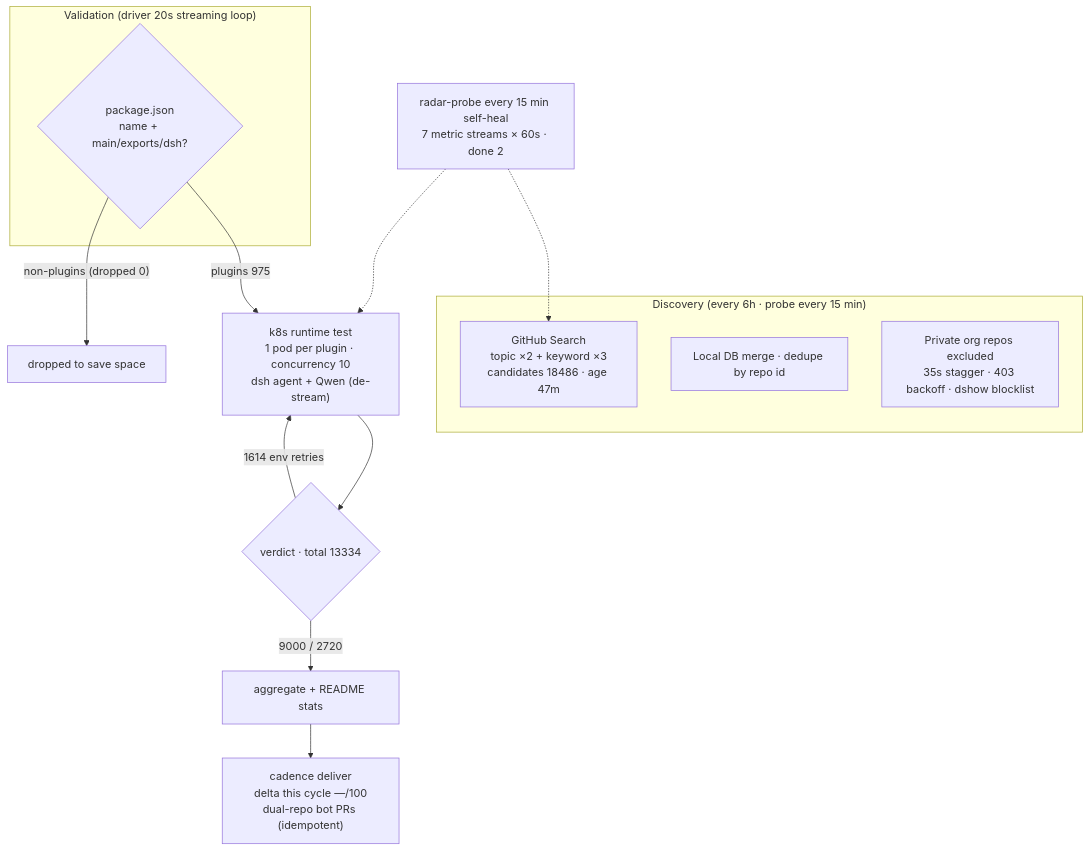
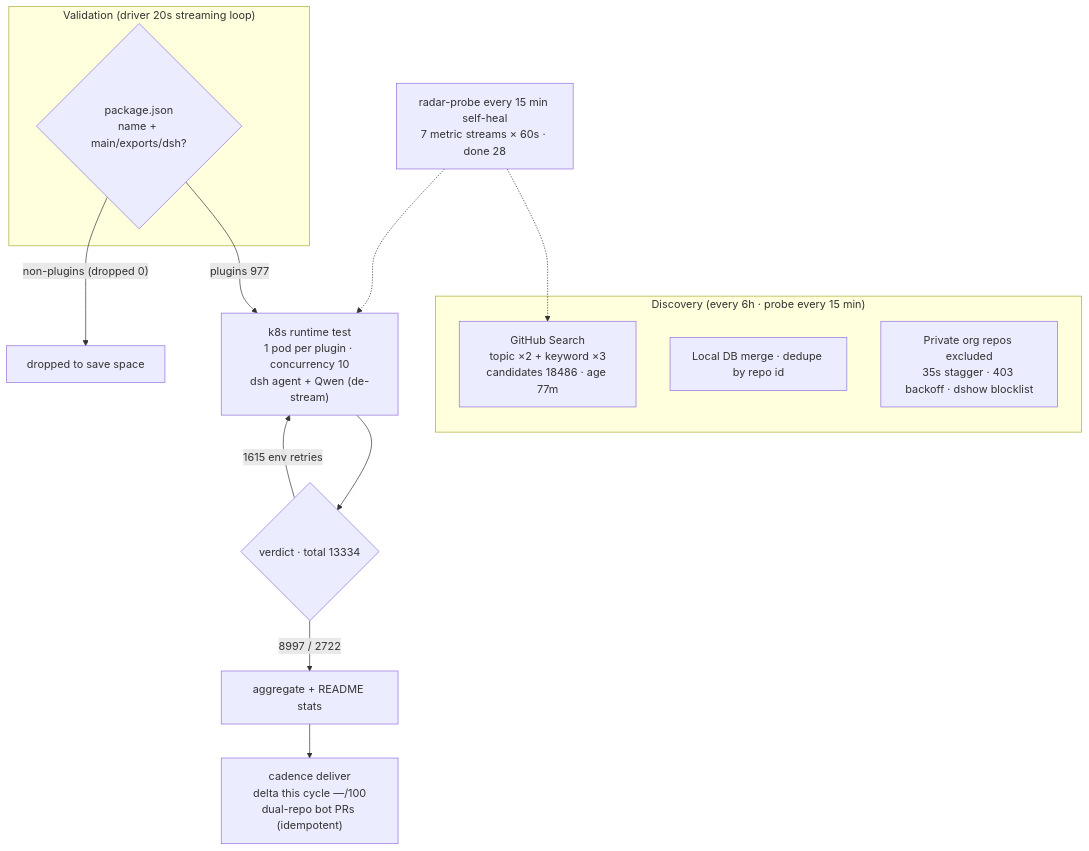
The diagram in README.en-US.md (AdamPlatin123/dsh-plugin-radar), drawn with Mermaid before and after one commit. The commit also changed other lines of this file and 8 other files, not shown here.

````diff
--- a/README.en-US.md
+++ b/README.en-US.md
@@ -45,20 +45,20 @@
 ```mermaid
 flowchart TB
     subgraph Discovery["Discovery (every 6h · probe every 15 min)"]
-        A1["GitHub Search<br/>topic ×2 + keyword ×3<br/>candidates 18486 · age 47m"]
+        A1["GitHub Search<br/>topic ×2 + keyword ×3<br/>candidates 18486 · age 77m"]
         A2["Local DB merge · dedupe by repo id"]
         A3["Private org repos excluded<br/>35s stagger · 403 backoff · dshow blocklist"]
     end
     subgraph Validation["Validation (driver 20s streaming loop)"]
         B1{"package.json<br/>name + main/exports/dsh?"}
     end
-    B1 -->|"plugins 975"| C1["k8s runtime test<br/>1 pod per plugin · concurrency 10<br/>dsh agent + Qwen (de-stream)"]
+    B1 -->|"plugins 977"| C1["k8s runtime test<br/>1 pod per plugin · concurrency 10<br/>dsh agent + Qwen (de-stream)"]
     B1 -->|"non-plugins (dropped 0)"| B3["dropped to save space"]
     C1 --> D1{"verdict · total 13334"}
-    D1 -->|"9000 / 2720"| E1["aggregate + README stats"]
-    D1 -->|"1614 env retries"| C1
+    D1 -->|"8997 / 2722"| E1["aggregate + README stats"]
+    D1 -->|"1615 env retries"| C1
     E1 --> E2["cadence deliver<br/>delta this cycle —/100<br/>dual-repo bot PRs (idempotent)"]
-    M["radar-probe every 15 min self-heal<br/>7 metric streams × 60s · done 2"]
+    M["radar-probe every 15 min self-heal<br/>7 metric streams × 60s · done 28"]
     M -.-> A1
     M -.-> C1
 ```
````
